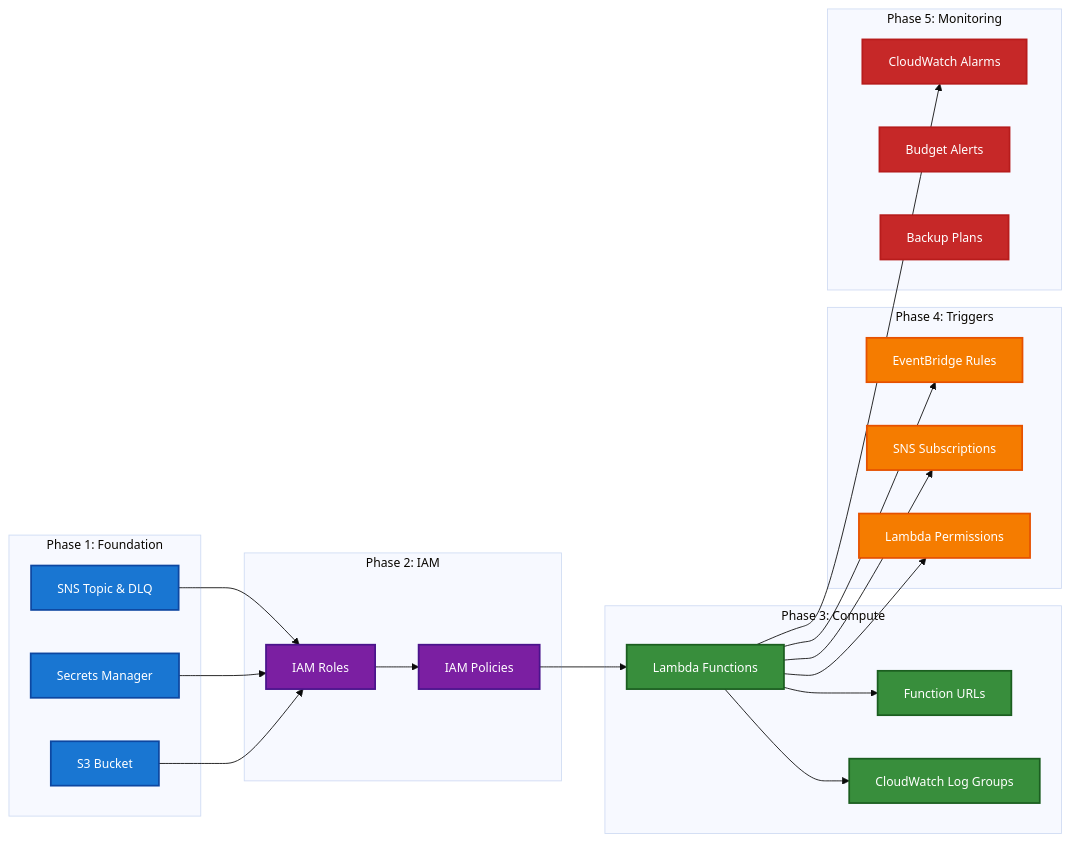
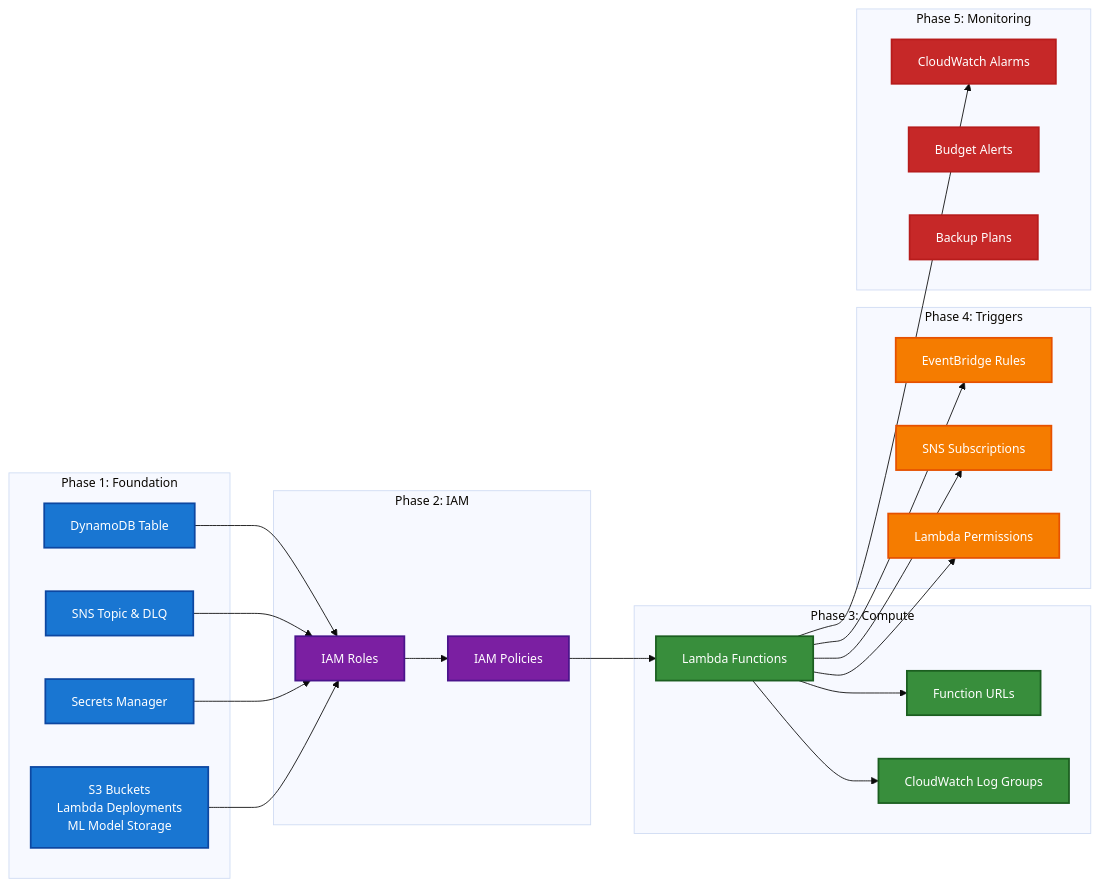
The second of 9 diagrams in docs/TERRAFORM_DEPLOYMENT_FLOW.md (traylorre/sentiment-analyzer-gsk), drawn with Mermaid before and after one commit. The commit also changed 2 other files, not shown here.

Commit message:
docs: Update architecture diagrams for S3 model loading and add operational flows
Updated Mermaid diagrams across documentation to reflect current architecture:

**README.md:**
- High-Level System Architecture: Added S3 Model Storage and lazy loading
- Data Flow Sequence: Shows S3 model loading step in analysis pipeline

**docs/OPERATIONAL_FLOWS.md (NEW):**
- Comprehensive operational documentation with 9 new Mermaid diagrams
- Normal operation flow with S3 lazy loading pattern
- Complete CI/CD deployment flow
- Incident response decision trees
- Troubleshooting flows for Lambda, DynamoDB, S3, and Dashboard issues
- Monitoring architecture and recovery procedures
- Quick reference commands for operators and on-call engineers

**docs/TERRAFORM_DEPLOYMENT_FLOW.md:**
- Resource Creation Order: Updated Phase 1 to show dual S3 purpose
  (Lambda deployments + ML model storage)
- Added DynamoDB to foundational resources

These diagrams support operators, on-call engineers, and contributors with
visual guides for understanding system behavior, diagnosing issues, and
responding to incidents.

🤖 Generated with [Claude Code](https://claude.com/claude-code)

````diff
--- a/docs/TERRAFORM_DEPLOYMENT_FLOW.md
+++ b/docs/TERRAFORM_DEPLOYMENT_FLOW.md
@@ -54,56 +54,58 @@
 ```mermaid
 %%{init: {'theme':'base', 'themeVariables': {'fontSize':'14px'}}}%%
 flowchart LR
     subgraph "Phase 1: Foundation"
-        A[S3 Bucket]
+        A[S3 Buckets<br/>Lambda Deployments<br/>ML Model Storage]
         B[Secrets Manager]
         C[SNS Topic & DLQ]
+        D[DynamoDB Table]
     end
 
     subgraph "Phase 2: IAM"
         E[IAM Roles]
         F[IAM Policies]
     end
 
     subgraph "Phase 3: Compute"
         G[Lambda Functions]
         H[Function URLs]
         I[CloudWatch Log Groups]
     end
 
     subgraph "Phase 4: Triggers"
         J[EventBridge Rules]
         K[SNS Subscriptions]
         L[Lambda Permissions]
     end
 
     subgraph "Phase 5: Monitoring"
         M[CloudWatch Alarms]
         N[Budget Alerts]
         O[Backup Plans]
     end
 
     A --> E
     B --> E
     C --> E
+    D --> E
     E --> F
     F --> G
     G --> H
     G --> I
     G --> J
     G --> K
     G --> L
     G --> M
 
     classDef phase1 fill:#1976d2,stroke:#0d47a1,stroke-width:2px,color:#fff
     classDef phase2 fill:#7b1fa2,stroke:#4a148c,stroke-width:2px,color:#fff
     classDef phase3 fill:#388e3c,stroke:#1b5e20,stroke-width:2px,color:#fff
     classDef phase4 fill:#f57c00,stroke:#e65100,stroke-width:2px,color:#fff
     classDef phase5 fill:#c62828,stroke:#b71c1c,stroke-width:2px,color:#fff
 
-    class A,B,C phase1
+    class A,B,C,D phase1
     class E,F phase2
     class G,H,I phase3
     class J,K,L phase4
     class M,N,O phase5
 ```
````
